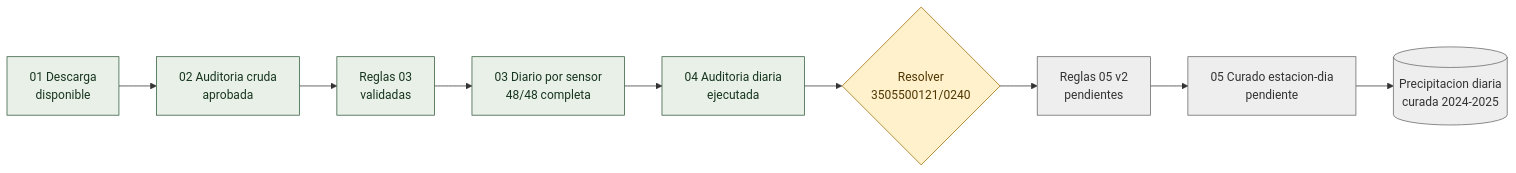
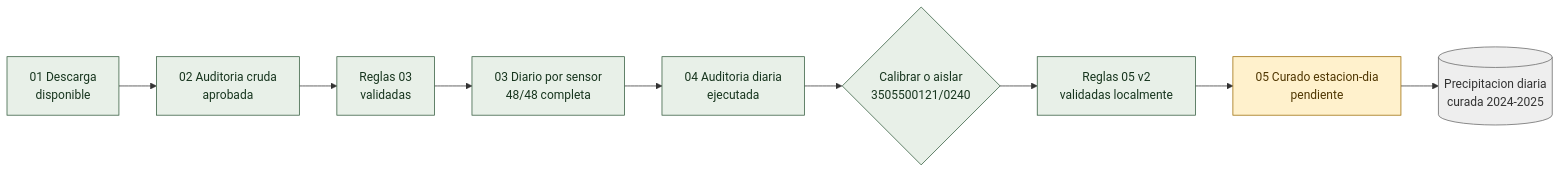
Before and after one commit to cybercolombia/suelosabio: the diagram in docs/climate_pipeline_status/precipitacion.md, drawn with Mermaid. The commit also changed other lines of this file and 6 other files, not shown here.

````diff
--- a/docs/climate_pipeline_status/precipitacion.md
+++ b/docs/climate_pipeline_status/precipitacion.md
@@ -16,18 +16,18 @@
 ```mermaid
 flowchart LR
     P01[01 Descarga<br/>disponible] --> P02[02 Auditoria cruda<br/>aprobada]
     P02 --> R03[Reglas 03<br/>validadas]
     R03 --> P03[03 Diario por sensor<br/>48/48 completa]
     P03 --> P04[04 Auditoria diaria<br/>ejecutada]
-    P04 --> G{Resolver<br/>3505500121/0240}
-    G --> R05[Reglas 05 v2<br/>pendientes]
+    P04 --> G{Calibrar o aislar<br/>3505500121/0240}
+    G --> R05[Reglas 05 v2<br/>validadas localmente]
     R05 --> P05[05 Curado estacion-dia<br/>pendiente]
     P05 --> CURADO[(Precipitacion diaria<br/>curada 2024-2025)]
 
     classDef done fill:#e8f0e8,stroke:#315a3b,color:#17351e;
     classDef progress fill:#fff1cc,stroke:#9b6a00,color:#4f3600;
     classDef pending fill:#eeeeee,stroke:#666666,color:#333333;
-    class P01,P02,R03,P03,P04 done;
-    class G progress;
-    class R05,P05,CURADO pending;
+    class P01,P02,R03,P03,P04,G,R05 done;
+    class P05 progress;
+    class CURADO pending;
 ```
````
